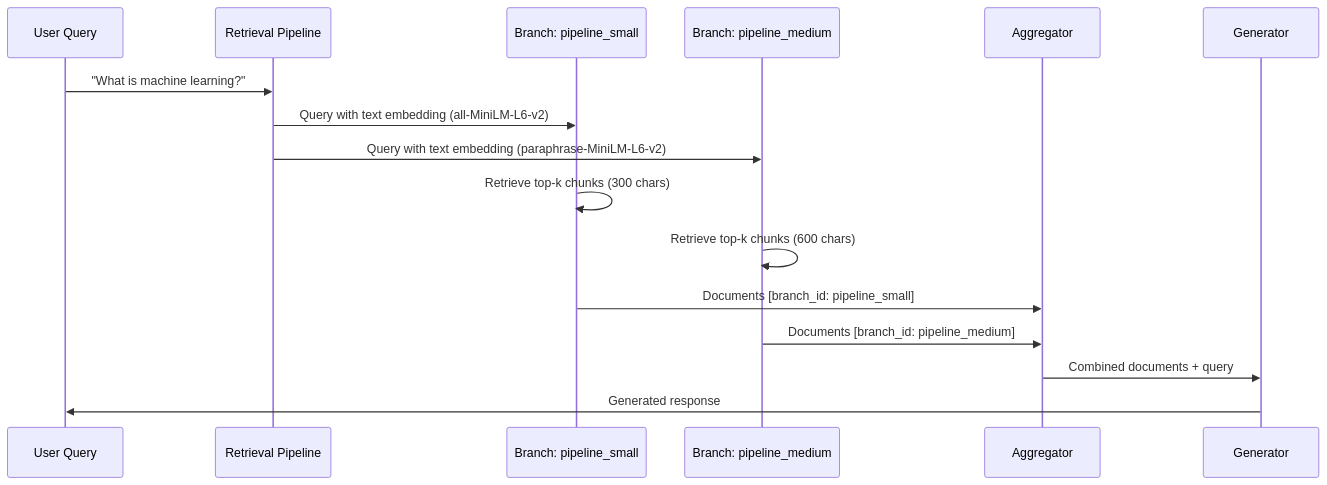
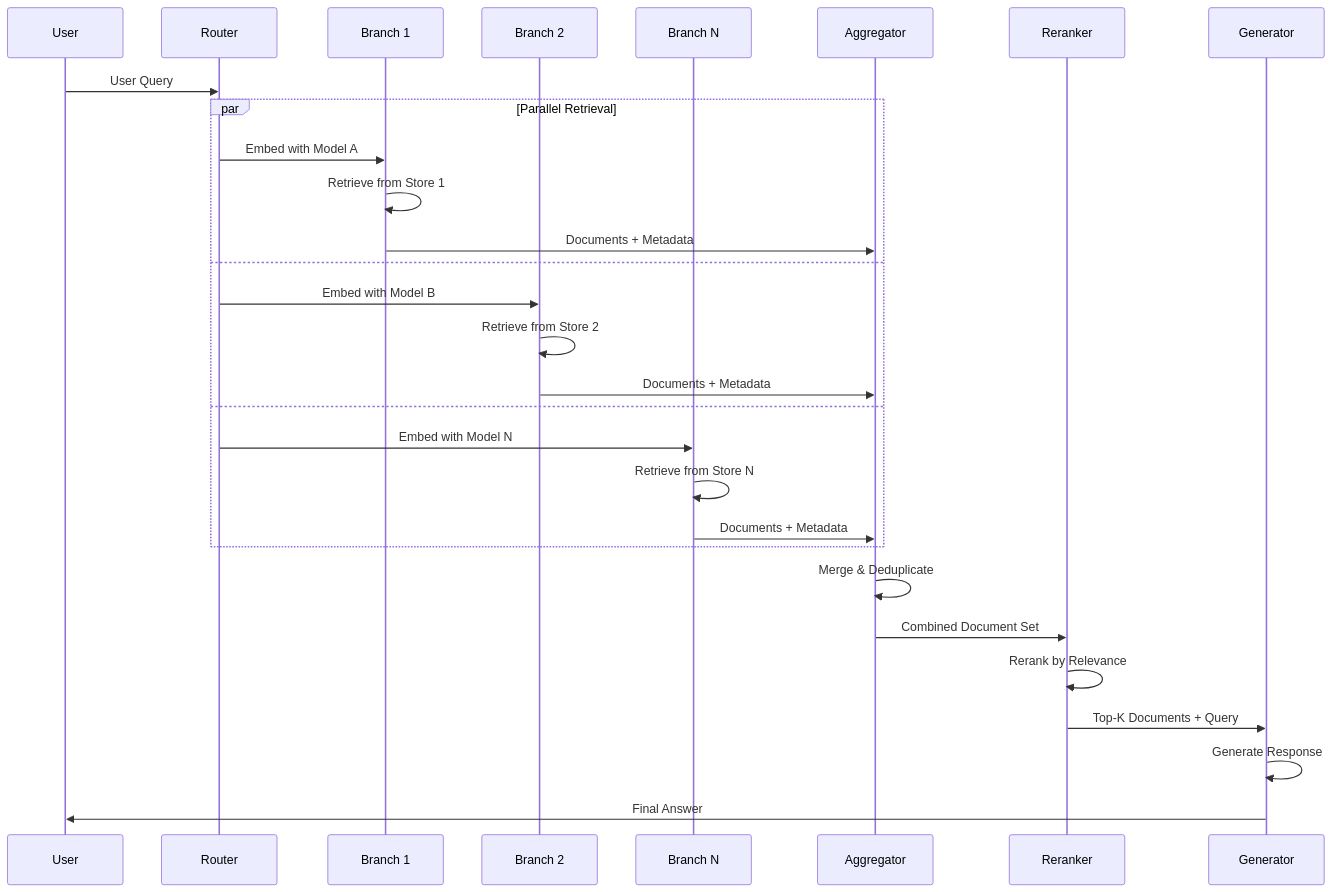
Before and after one commit to arkhai-io/agentic-rag-green: the second of 2 diagrams in README.md, drawn with Mermaid. The commit also changed other lines of this file, not shown here.

Commit message:
fix: changed readme for general purpose diagrams

````diff
--- a/README.md
+++ b/README.md
@@ -73,22 +80,34 @@
 ```mermaid
 sequenceDiagram
-    participant U as User Query
-    participant R as Retrieval Pipeline
-    participant B1 as Branch: pipeline_small
-    participant B2 as Branch: pipeline_medium
+    participant U as User
+    participant R as Router
+    participant B1 as Branch 1
+    participant B2 as Branch 2
+    participant BN as Branch N
     participant A as Aggregator
+    participant RK as Reranker
     participant G as Generator
 
-    U->>R: "What is machine learning?"
-    R->>B1: Query with text embedding (all-MiniLM-L6-v2)
-    R->>B2: Query with text embedding (paraphrase-MiniLM-L6-v2)
+    U->>R: User Query
 
-    B1->>B1: Retrieve top-k chunks (300 chars)
-    B2->>B2: Retrieve top-k chunks (600 chars)
+    par Parallel Retrieval
+        R->>B1: Embed with Model A
+        B1->>B1: Retrieve from Store 1
+        B1->>A: Documents + Metadata
+    and
+        R->>B2: Embed with Model B
+        B2->>B2: Retrieve from Store 2
+        B2->>A: Documents + Metadata
+    and
+        R->>BN: Embed with Model N
+        BN->>BN: Retrieve from Store N
+        BN->>A: Documents + Metadata
+    end
 
-    B1->>A: Documents [branch_id: pipeline_small]
-    B2->>A: Documents [branch_id: pipeline_medium]
-
-    A->>G: Combined documents + query
-    G->>U: Generated response
+    A->>A: Merge & Deduplicate
+    A->>RK: Combined Document Set
+    RK->>RK: Rerank by Relevance
+    RK->>G: Top-K Documents + Query
+    G->>G: Generate Response
+    G->>U: Final Answer
 ```
````
